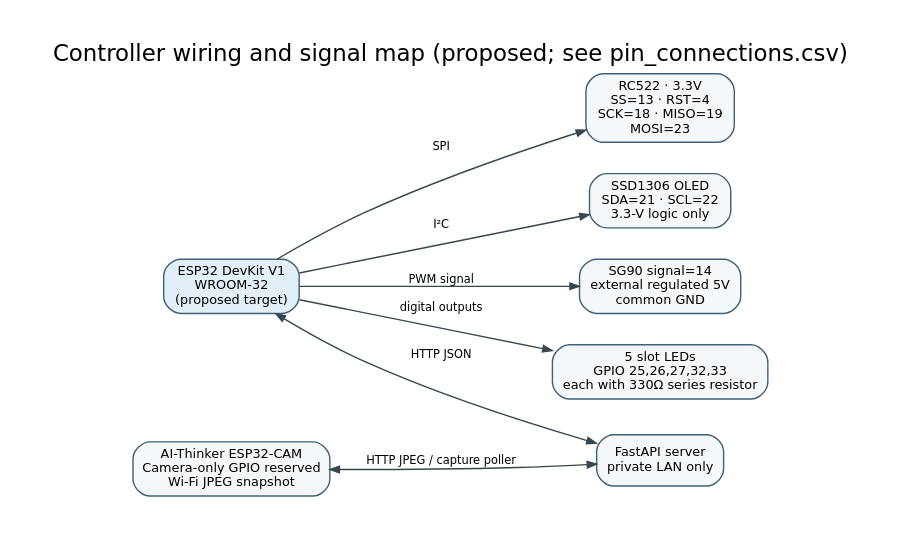
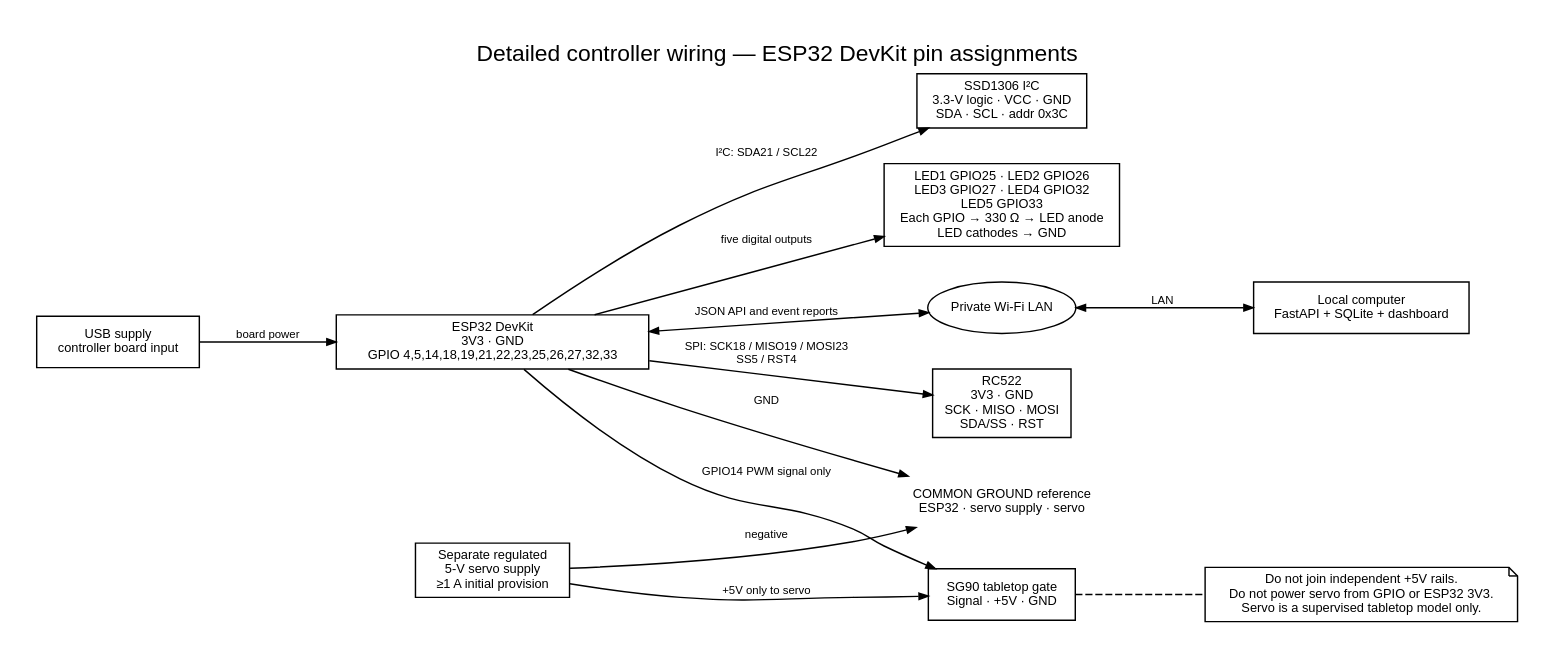
One commit to dumbly-smart/smart-parking changed the diagram in review_outputs/2026-10-15/final_submission/hardware/wiring_diagram.dot. Above: the diagram before and after it, drawn with Graphviz. The commit also changed 301 other files, not shown here.

```diff
--- a/review_outputs/2026-10-15/final_submission/hardware/wiring_diagram.dot
+++ b/review_outputs/2026-10-15/final_submission/hardware/wiring_diagram.dot
@@ -1,18 +1,27 @@
 digraph wiring {
-  graph [rankdir=LR, bgcolor="white", pad="0.25", nodesep="0.3", ranksep="0.7", fontname="DejaVu Sans", labelloc="t", label="Controller wiring and signal map (proposed; see pin_connections.csv)", fontsize=16];
-  node [shape=box, style="rounded,filled", fillcolor="#f5f8fb", color="#3e6178", fontname="DejaVu Sans", fontsize=9, margin="0.1,0.06"];
-  edge [fontname="DejaVu Sans", fontsize=8, color="#37474f", arrowsize=0.65];
-  esp [label="ESP32 DevKit V1\nWROOM-32\n(proposed target)", fillcolor="#e3eff8"];
-  rfid [label="RC522 · 3.3V\nSS=13 · RST=4\nSCK=18 · MISO=19\nMOSI=23"];
-  oled [label="SSD1306 OLED\nSDA=21 · SCL=22\n3.3-V logic only"];
-  servo [label="SG90 signal=14\nexternal regulated 5V\ncommon GND"];
-  cam [label="AI-Thinker ESP32-CAM\nCamera-only GPIO reserved\nWi-Fi JPEG snapshot"];
-  led [label="5 slot LEDs\nGPIO 25,26,27,32,33\neach with 330Ω series resistor"];
-  server [label="FastAPI server\nprivate LAN only"];
-  esp -> rfid [label="SPI"];
-  esp -> oled [label="I²C"];
-  esp -> servo [label="PWM signal"];
-  esp -> led [label="digital outputs"];
-  esp -> server [dir=both, label="HTTP JSON"];
-  cam -> server [dir=both, label="HTTP JPEG / capture poller"];
+  graph [rankdir=LR, bgcolor=white, pad=0.25, nodesep=0.35, ranksep=0.6, fontname="Helvetica", labelloc=t, label="Detailed controller wiring — ESP32 DevKit pin assignments", fontsize=16];
+  node [shape=box, style=solid, color=black, fontcolor=black, fontname="Helvetica", fontsize=9, margin="0.10,0.06", penwidth=1];
+  edge [color=black, fontcolor=black, fontname="Helvetica", fontsize=8, arrowsize=0.65, penwidth=1];
+  esp [label="ESP32 DevKit\n3V3 · GND\nGPIO 4,5,14,18,19,21,22,23,25,26,27,32,33"];
+  rfid [label="RC522\n3V3 · GND\nSCK · MISO · MOSI\nSDA/SS · RST"];
+  oled [label="SSD1306 I²C\n3.3-V logic · VCC · GND\nSDA · SCL · addr 0x3C"];
+  servo [label="SG90 tabletop gate\nSignal · +5V · GND"];
+  servosupply [label="Separate regulated\n5-V servo supply\n≥1 A initial provision"];
+  leds [label="LED1 GPIO25 · LED2 GPIO26\nLED3 GPIO27 · LED4 GPIO32\nLED5 GPIO33\nEach GPIO → 330 Ω → LED anode\nLED cathodes → GND"];
+  ground [shape=plaintext, label="COMMON GROUND reference\nESP32 · servo supply · servo"];
+  usb [label="USB supply\ncontroller board input"];
+  wifi [shape=ellipse, label="Private Wi-Fi LAN"];
+  server [label="Local computer\nFastAPI + SQLite + dashboard"];
+  esp -> rfid [label="SPI: SCK18 / MISO19 / MOSI23\nSS5 / RST4"];
+  esp -> oled [label="I²C: SDA21 / SCL22"];
+  esp -> servo [label="GPIO14 PWM signal only"];
+  servosupply -> servo [label="+5V only to servo"];
+  esp -> leds [label="five digital outputs"];
+  usb -> esp [label="board power"];
+  esp -> ground [label="GND"];
+  servosupply -> ground [label="negative"];
+  esp -> wifi [dir=both, label="JSON API and event reports"];
+  wifi -> server [dir=both, label="LAN"];
+  note [shape=note, label="Do not join independent +5V rails.\nDo not power servo from GPIO or ESP32 3V3.\nServo is a supervised tabletop model only."];
+  servo -> note [style=dashed, arrowhead=none];
 }
```
